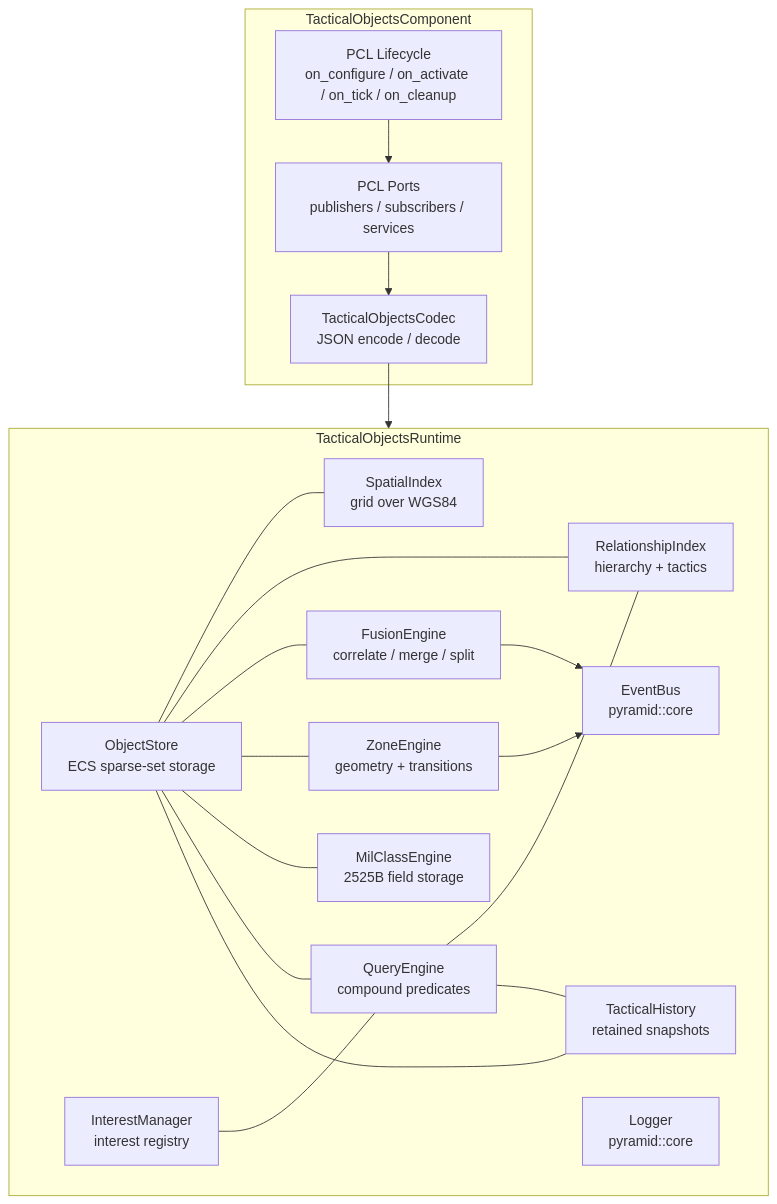
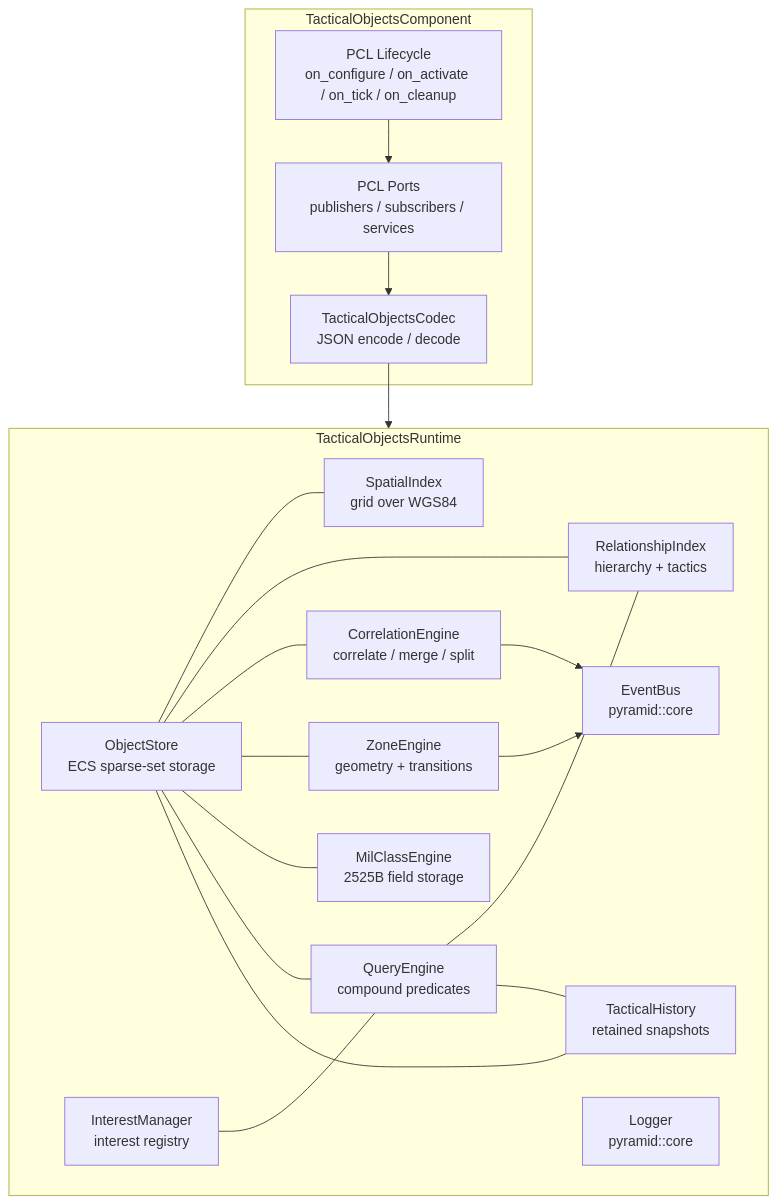
The second of 16 diagrams in pyramid/tactical_objects/ARCHITECTURE.md (Ackoogin/mujin), drawn with Mermaid before and after one commit. The commit also changed other lines of this file and 52 other files, not shown here.

````diff
--- a/pyramid/tactical_objects/ARCHITECTURE.md
+++ b/pyramid/tactical_objects/ARCHITECTURE.md
@@ -46,38 +46,38 @@
 ```mermaid
 graph TB
     subgraph TacticalObjectsComponent
         LC[PCL Lifecycle<br/>on_configure / on_activate / on_tick / on_cleanup]
         PORTS[PCL Ports<br/>publishers / subscribers / services]
         CODEC[TacticalObjectsCodec<br/>JSON encode / decode]
     end
 
     subgraph TacticalObjectsRuntime
         OS[ObjectStore<br/>ECS sparse-set storage]
         SI[SpatialIndex<br/>grid over WGS84]
         RI[RelationshipIndex<br/>hierarchy + tactics]
-        FE[FusionEngine<br/>correlate / merge / split]
+        FE[CorrelationEngine<br/>correlate / merge / split]
         ZE[ZoneEngine<br/>geometry + transitions]
         MC[MilClassEngine<br/>2525B field storage]
         QE[QueryEngine<br/>compound predicates]
         IM[InterestManager<br/>interest registry]
         TH[TacticalHistory<br/>retained snapshots]
         EB[EventBus<br/>pyramid::core]
         LG[Logger<br/>pyramid::core]
     end
 
     LC --> PORTS
     PORTS --> CODEC
     CODEC --> TacticalObjectsRuntime
     OS --- SI
     OS --- RI
     OS --- FE
     OS --- ZE
     OS --- MC
     OS --- QE
     OS --- TH
     QE --- RI
     QE --- TH
     IM --- QE
     FE --> EB
     ZE --> EB
 ```
````
